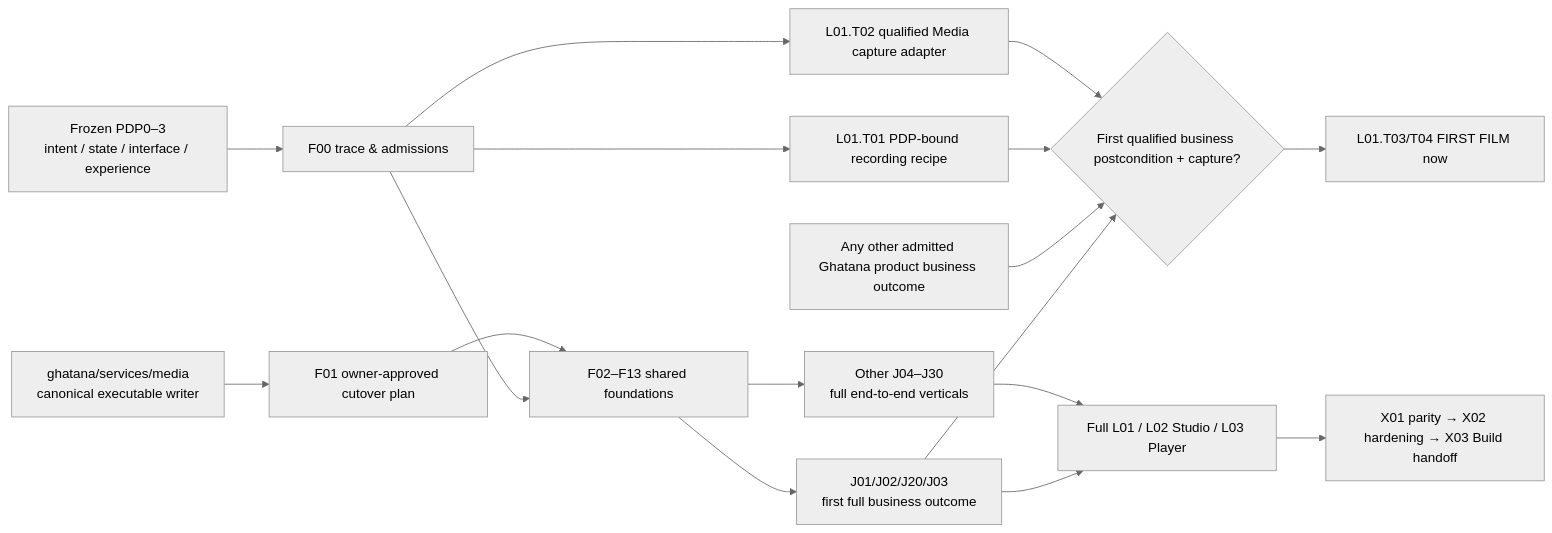
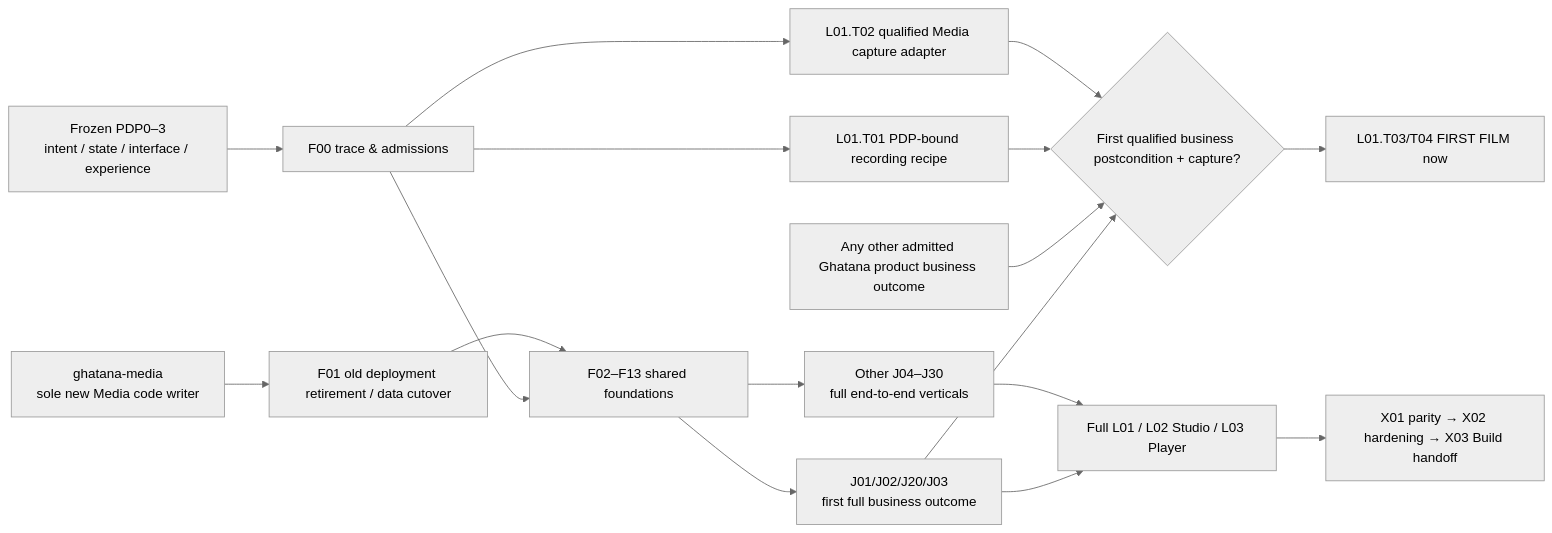
The first of 2 diagrams in docs/implementation/MEDIA-BUILD-IMPLEMENTATION-PLAN.md (samujjwal/ghatana-media), drawn with Mermaid (neutral theme) before and after one commit. The commit also changed other lines of this file and 4 other files, not shown here.

Commit message:
Reconcile Media owner metadata, legacy runtime provenance and source-only implementation targets

````diff
--- a/docs/implementation/MEDIA-BUILD-IMPLEMENTATION-PLAN.md
+++ b/docs/implementation/MEDIA-BUILD-IMPLEMENTATION-PLAN.md
@@ -43,19 +43,19 @@
 ```mermaid
 flowchart LR
   PDP["Frozen PDP0–3\nintent / state / interface / experience"] --> TRACE["F00 trace & admissions"]
-  WRITER["ghatana/services/media\ncanonical executable writer"] --> CUT["F01 owner-approved cutover plan"]
+  WRITER["ghatana-media\nsole new Media code writer"] --> CUT["F01 old deployment retirement / data cutover"]
   TRACE --> F["F02–F13 shared foundations"]
   CUT --> F
   F --> V["J01/J02/J20/J03\nfirst full business outcome"]
   F --> W["Other J04–J30\nfull end-to-end verticals"]
   TRACE --> DP["L01.T01 PDP-bound recording recipe"]
   TRACE --> QA["L01.T02 qualified Media capture adapter"]
   V --> FIRST{First qualified business postcondition + capture?}
   EXT["Any other admitted Ghatana product business outcome"] --> FIRST
   DP --> FIRST
   QA --> FIRST
   FIRST --> REC["L01.T03/T04 FIRST FILM now"]
   V --> S["Full L01 / L02 Studio / L03 Player"]
   W --> S
   S --> X["X01 parity → X02 hardening → X03 Build handoff"]
 ```
````
